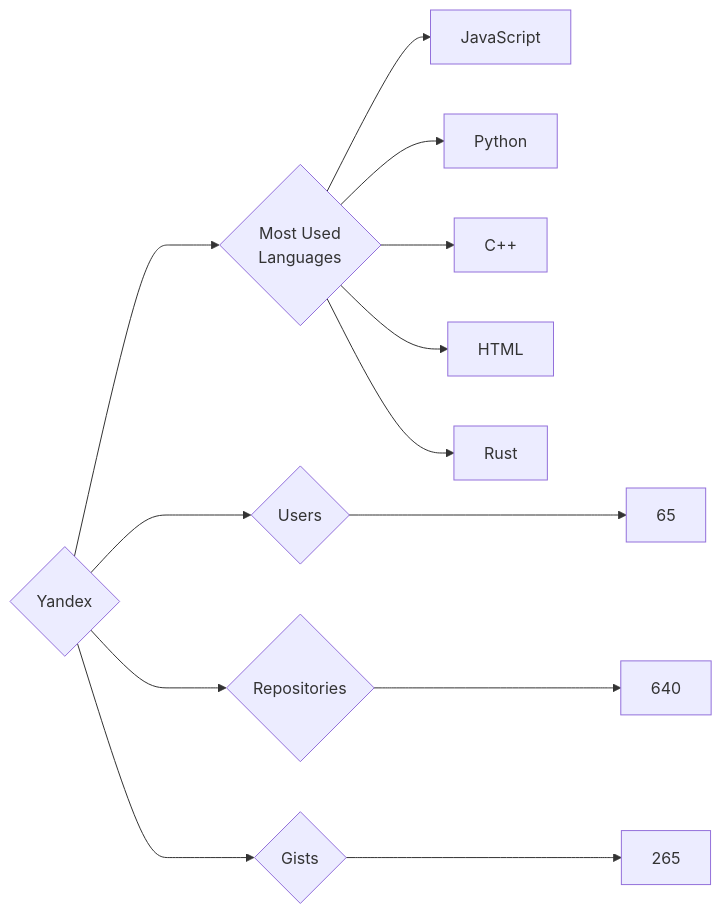
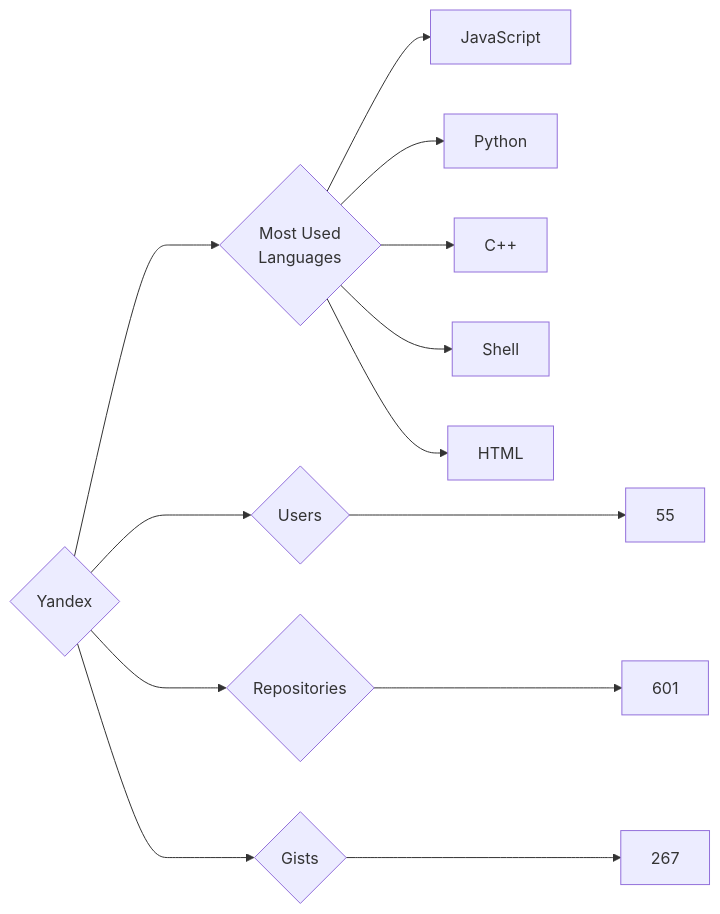
The diagram in targets/Yandex/README.md (trickest/insiders), drawn with Mermaid before and after one commit. The commit also changed 1011 other files, not shown here.

````diff
--- a/targets/Yandex/README.md
+++ b/targets/Yandex/README.md
@@ -3,13 +3,13 @@
 ```mermaid
 graph LR
 COMPANY_NAME{Yandex}
-COMPANY_NAME ---> U{Users} ---> UN[65]
-COMPANY_NAME ---> R{Repositories} ---> RN[640]
-COMPANY_NAME ---> G{Gists} ---> GN[265]
+COMPANY_NAME ---> U{Users} ---> UN[55]
+COMPANY_NAME ---> R{Repositories} ---> RN[601]
+COMPANY_NAME ---> G{Gists} ---> GN[267]
 COMPANY_NAME ---> ML{Most Used<br>Languages}
 ML --> JavaScript[JavaScript]
 ML --> Python[Python]
 ML --> C++[C++]
+ML --> Shell[Shell]
 ML --> HTML[HTML]
-ML --> Rust[Rust]
 ```
````
